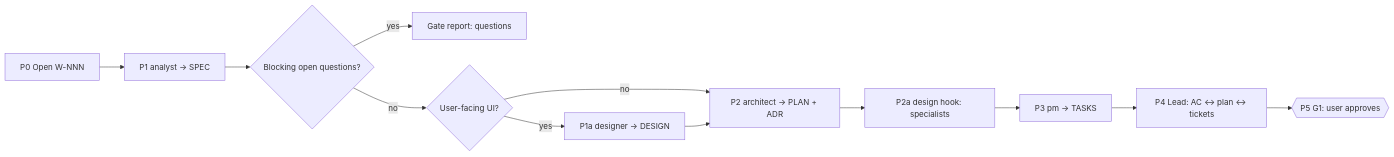
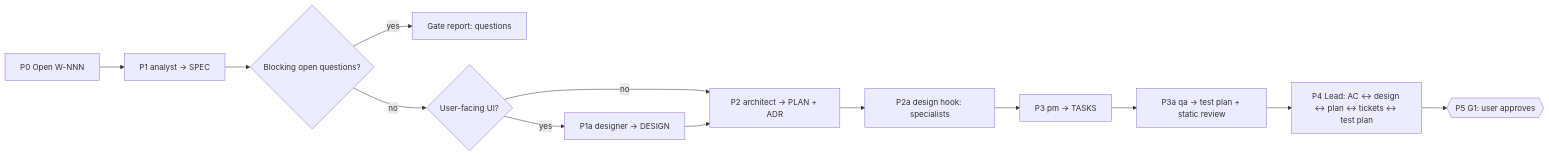
Before and after one commit to Tuan-Quyen/technical-teams: the second of 4 diagrams in commands/feature.md, drawn with Mermaid. The commit also changed other lines of this file and 20 other files, not shown here.

````diff
--- a/commands/feature.md
+++ b/commands/feature.md
@@ -59,14 +59,15 @@
 ```mermaid
 flowchart LR
   S0[P0 Open W-NNN] --> S1[P1 analyst → SPEC]
   S1 --> Q{Blocking open questions?}
   Q -- yes --> GQ[Gate report: questions]
   Q -- no --> UI{User-facing UI?}
   UI -- yes --> S1a[P1a designer → DESIGN]
   UI -- no --> S2
   S1a --> S2[P2 architect → PLAN + ADR]
   S2 --> H[P2a design hook: specialists]
   H --> S3[P3 pm → TASKS]
-  S3 --> S4[P4 Lead: AC ↔ plan ↔ tickets]
+  S3 --> S3a[P3a qa → test plan + static review]
+  S3a --> S4[P4 Lead: AC ↔ design ↔ plan ↔ tickets ↔ test plan]
   S4 --> G1{{P5 G1: user approves}}
 ```
````
